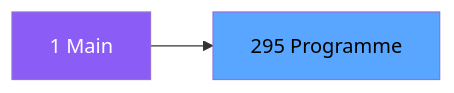
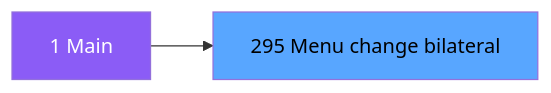
One commit to thonyAGP/magic-migration changed the second of 3 diagrams in .openspec/specs/ADH-IDE-295.md. Above: the diagram before and after it, drawn with Mermaid. The commit also changed other lines of this file and 323 other files, not shown here.

````diff
--- a/.openspec/specs/ADH-IDE-295.md
+++ b/.openspec/specs/ADH-IDE-295.md
@@ -98,8 +111,8 @@
 ```mermaid
 graph LR
     M[1 Main]
-    T[295 Programme]
+    T[295 Menu change bilateral]
     M --> T
     style M fill:#8b5cf6,color:#fff
     style T fill:#58a6ff,color:#000
 ```
````
